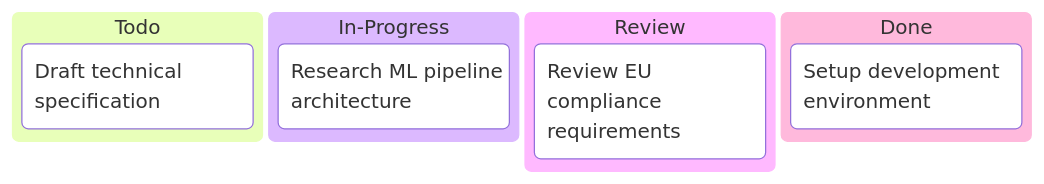
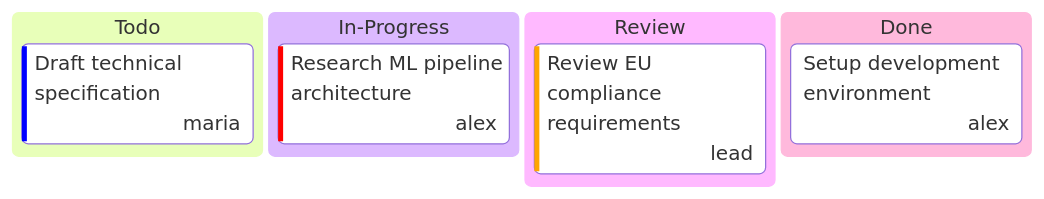
The diagram in docs/_projects/ai-rise.md (Katty-Fashion/kf-cpto), drawn with Mermaid before and after one commit. The commit also changed other lines of this file and 12 other files, not shown here.

````diff
--- a/docs/_projects/ai-rise.md
+++ b/docs/_projects/ai-rise.md
@@ -28,11 +33,11 @@
 ```mermaid
 kanban
   Todo
-    t2[Draft technical specification]
+    t2[Draft technical specification]@{ priority: 'Low', assigned: 'maria' }
   In-Progress
-    t1[Research ML pipeline architecture]
+    t1[Research ML pipeline architecture]@{ priority: 'Very High', assigned: 'alex' }
   Review
-    t4[Review EU compliance requirements]
+    t4[Review EU compliance requirements]@{ priority: 'High', assigned: 'lead' }
   Done
-    t3[Setup development environment]
+    t3[Setup development environment]@{ assigned: 'alex' }
 ```
````
